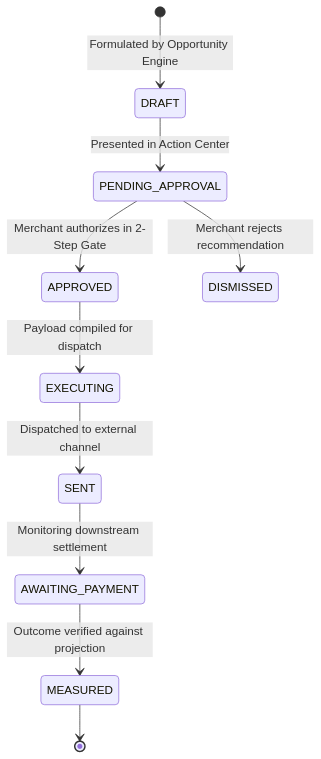
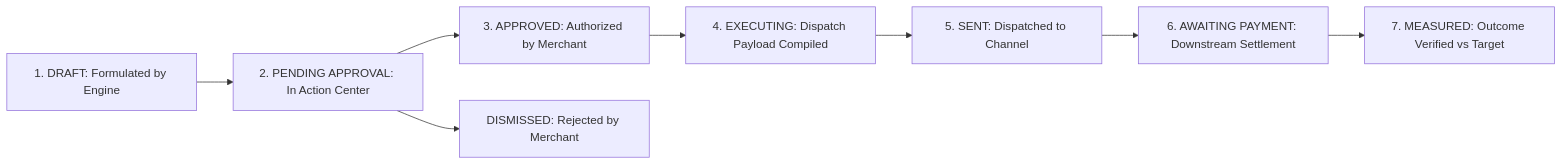
Before and after one commit to webdevpraveen/merchantmind_hacksprint: the fourth of 4 diagrams in README.md, drawn with Mermaid. The commit also changed other lines of this file, not shown here.

First line of the commit message:
fix(docs): resolve Mermaid rendering in GitHub by using standard graph syntax

````diff
--- a/README.md
+++ b/README.md
@@ -462,12 +462,10 @@
 ```mermaid
-stateDiagram-v2
-    [*] --> DRAFT: Formulated by Opportunity Engine
-    DRAFT --> PENDING_APPROVAL: Presented in Action Center
-    PENDING_APPROVAL --> APPROVED: Merchant authorizes in 2-Step Gate
-    PENDING_APPROVAL --> DISMISSED: Merchant rejects recommendation
-    APPROVED --> EXECUTING: Payload compiled for dispatch
-    EXECUTING --> SENT: Dispatched to external channel
-    SENT --> AWAITING_PAYMENT: Monitoring downstream settlement
-    AWAITING_PAYMENT --> MEASURED: Outcome verified against projection
-    MEASURED --> [*]
+graph LR
+    DRAFT[1. DRAFT: Formulated by Engine] --> PENDING[2. PENDING APPROVAL: In Action Center]
+    PENDING --> APPROVED[3. APPROVED: Authorized by Merchant]
+    PENDING --> DISMISSED[DISMISSED: Rejected by Merchant]
+    APPROVED --> EXECUTING[4. EXECUTING: Dispatch Payload Compiled]
+    EXECUTING --> SENT[5. SENT: Dispatched to Channel]
+    SENT --> AWAITING[6. AWAITING PAYMENT: Downstream Settlement]
+    AWAITING --> MEASURED[7. MEASURED: Outcome Verified vs Target]
 ```
````
